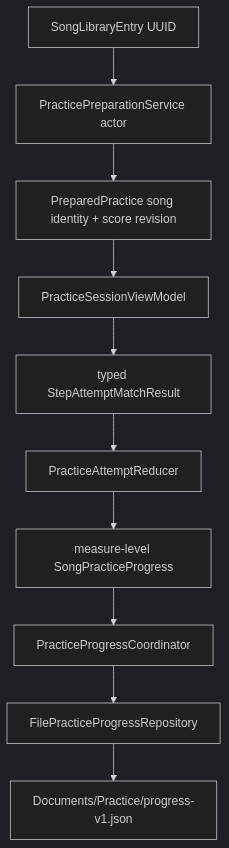
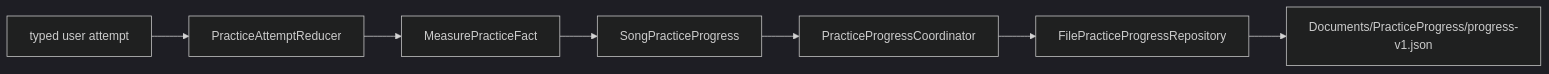
The second of 4 diagrams in docs/data-flow.md (chiimagnus/HappyPianist), drawn with Mermaid (dark theme) before and after one commit. The commit also changed other lines of this file and 14 other files, not shown here.

````diff
--- a/docs/data-flow.md
+++ b/docs/data-flow.md
@@ -142,12 +102,9 @@
 ```mermaid
-flowchart TD
-  A[SongLibraryEntry UUID] --> B[PracticePreparationService actor]
-  B --> C[PreparedPractice song identity + score revision]
-  C --> D[PracticeSessionViewModel]
-  D --> E[typed StepAttemptMatchResult]
-  E --> F[PracticeAttemptReducer]
-  F --> G[measure-level SongPracticeProgress]
-  G --> H[PracticeProgressCoordinator]
-  H --> I[FilePracticeProgressRepository]
-  I --> J[Documents/Practice/progress-v1.json]
+flowchart LR
+  A[typed user attempt] --> B[PracticeAttemptReducer]
+  B --> C[MeasurePracticeFact]
+  C --> D[SongPracticeProgress]
+  D --> E[PracticeProgressCoordinator]
+  E --> F[FilePracticeProgressRepository]
+  F --> G[Documents/PracticeProgress/progress-v1.json]
 ```
````
